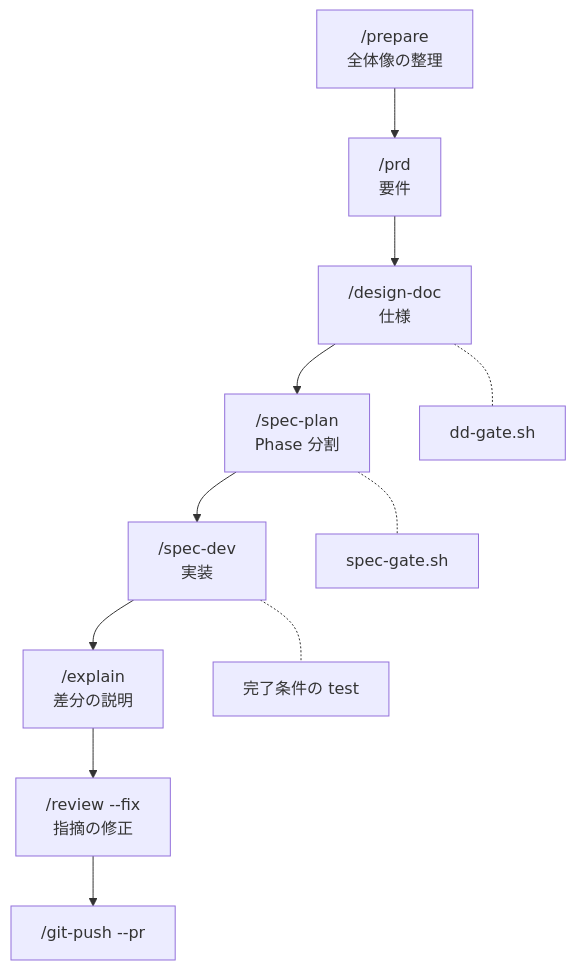
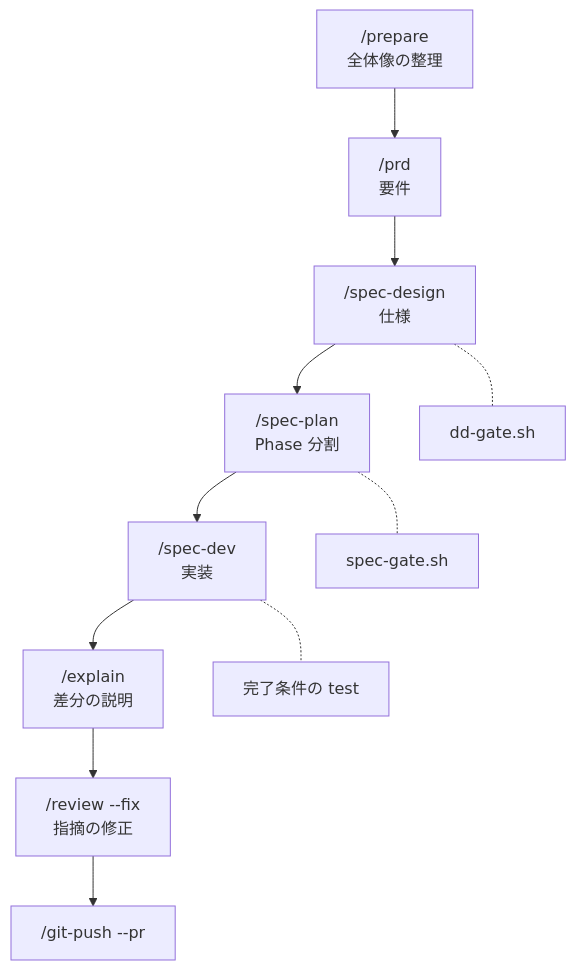
The first of 2 diagrams in README.md (DaichiHoshina/claude-code-config), drawn with Mermaid before and after one commit. The commit also changed other lines of this file and 47 other files, not shown here.

````diff
--- a/README.md
+++ b/README.md
@@ -48,13 +48,13 @@
 ```mermaid
 flowchart TD
   P["/prepare<br>全体像の整理"] --> PRD["/prd<br>要件"]
-  PRD --> DD["/design-doc<br>仕様"]
+  PRD --> DD["/spec-design<br>仕様"]
   DD --> SP["/spec-plan<br>Phase 分割"]
   SP --> SD["/spec-dev<br>実装"]
   SD --> EX["/explain<br>差分の説明"]
   EX --> RV["/review --fix<br>指摘の修正"]
   RV --> GP["/git-push --pr"]
   DD -.- G1["dd-gate.sh"]
   SP -.- G2["spec-gate.sh"]
   SD -.- T["完了条件の test"]
 ```
````
